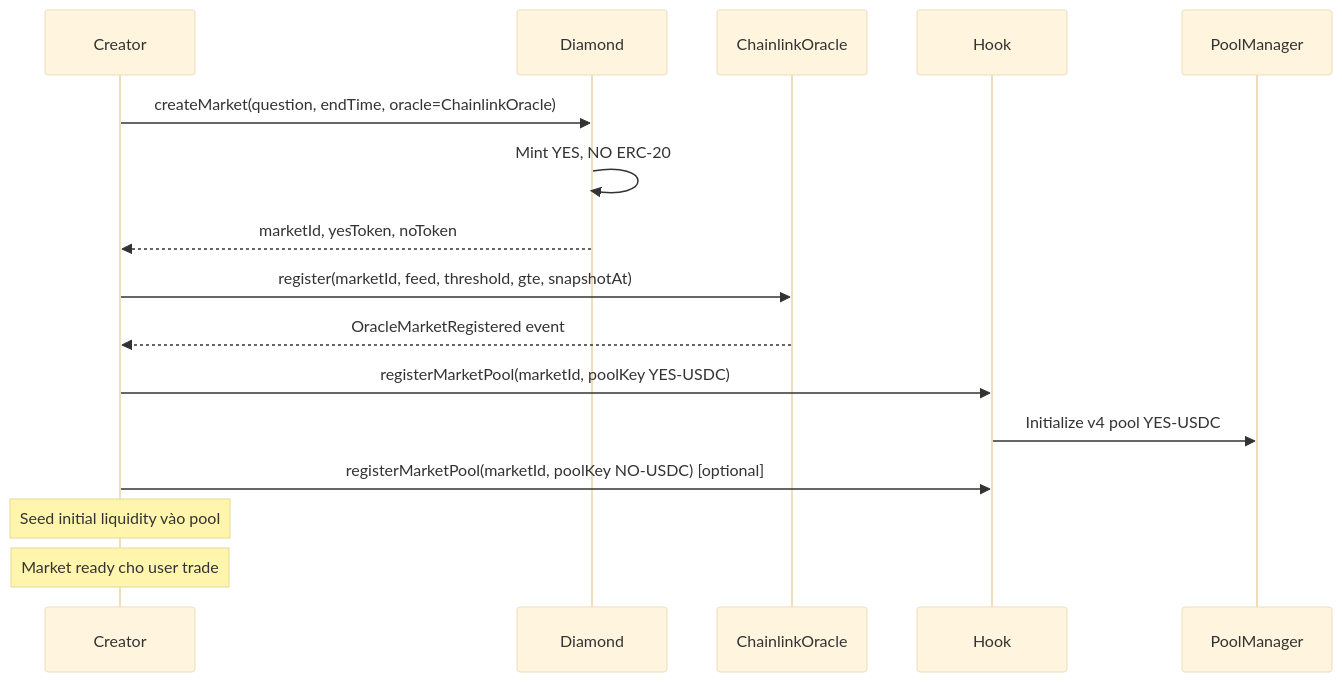
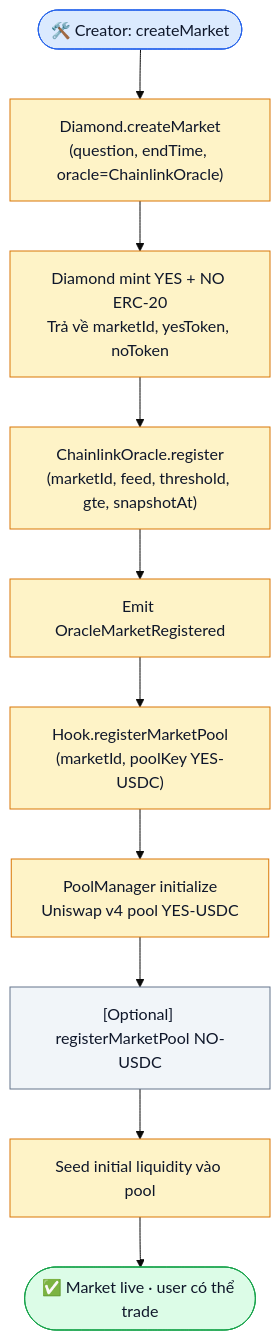
The second of 2 diagrams in vi_v6/huong-dan/tao-market.md (PrediX-Protocol/predix-docs), drawn with Mermaid (base theme) before and after one commit. The commit also changed 17 other files, not shown here.

First line of the commit message:
docs(vi_v6): convert all 22 sequenceDiagram → flowchart TD (no overlap UX issue)

````diff
--- a/vi_v6/huong-dan/tao-market.md
+++ b/vi_v6/huong-dan/tao-market.md
@@ -86,19 +86,22 @@
 ```mermaid
-sequenceDiagram
-    participant C as Creator
-    participant D as Diamond
-    participant O as ChainlinkOracle
-    participant H as Hook
-    participant P as PoolManager
+flowchart TD
+    Start(["🛠️ Creator: createMarket"])
+    Start --> S1["Diamond.createMarket<br/>(question, endTime, oracle=ChainlinkOracle)"]
+    S1 --> S2["Diamond mint YES + NO ERC-20<br/>Trả về marketId, yesToken, noToken"]
+    S2 --> S3["ChainlinkOracle.register<br/>(marketId, feed, threshold, gte, snapshotAt)"]
+    S3 --> S4["Emit OracleMarketRegistered"]
+    S4 --> S5["Hook.registerMarketPool<br/>(marketId, poolKey YES-USDC)"]
+    S5 --> S6["PoolManager initialize<br/>Uniswap v4 pool YES-USDC"]
+    S6 --> S7["[Optional] registerMarketPool NO-USDC"]
+    S7 --> S8["Seed initial liquidity vào pool"]
+    S8 --> End(["✅ Market live · user có thể trade"])
 
-    C->>D: createMarket(question, endTime, oracle=ChainlinkOracle)
-    D->>D: Mint YES, NO ERC-20
-    D-->>C: marketId, yesToken, noToken
-    C->>O: register(marketId, feed, threshold, gte, snapshotAt)
-    O-->>C: OracleMarketRegistered event
-    C->>H: registerMarketPool(marketId, poolKey YES-USDC)
-    H->>P: Initialize v4 pool YES-USDC
-    C->>H: registerMarketPool(marketId, poolKey NO-USDC) [optional]
-    Note over C: Seed initial liquidity vào pool
-    Note over C: Market ready cho user trade
+    classDef st fill:#dbeafe,stroke:#2563eb,color:#0f172a
+    classDef step fill:#fef3c7,stroke:#d97706,color:#0f172a
+    classDef opt fill:#f1f5f9,stroke:#64748b,color:#0f172a
+    classDef ok fill:#dcfce7,stroke:#16a34a,color:#0f172a
+    class Start st
+    class S1,S2,S3,S4,S5,S6,S8 step
+    class S7 opt
+    class End ok
 ```
````
